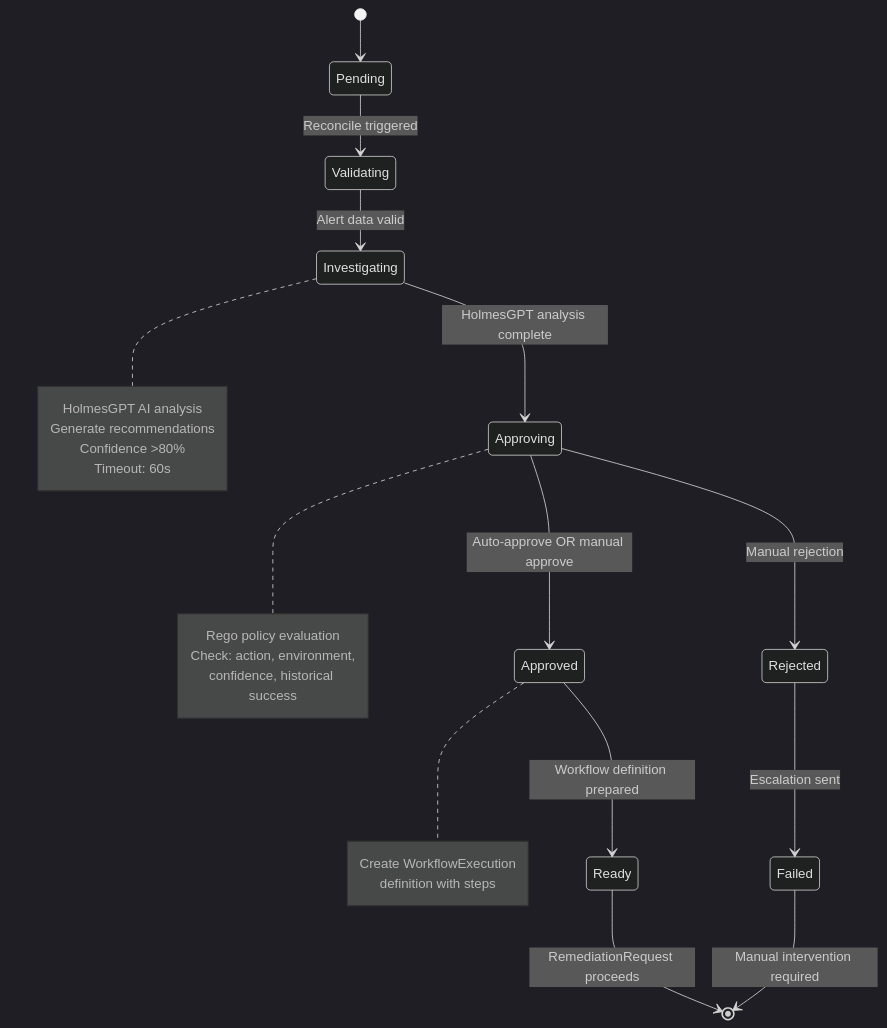
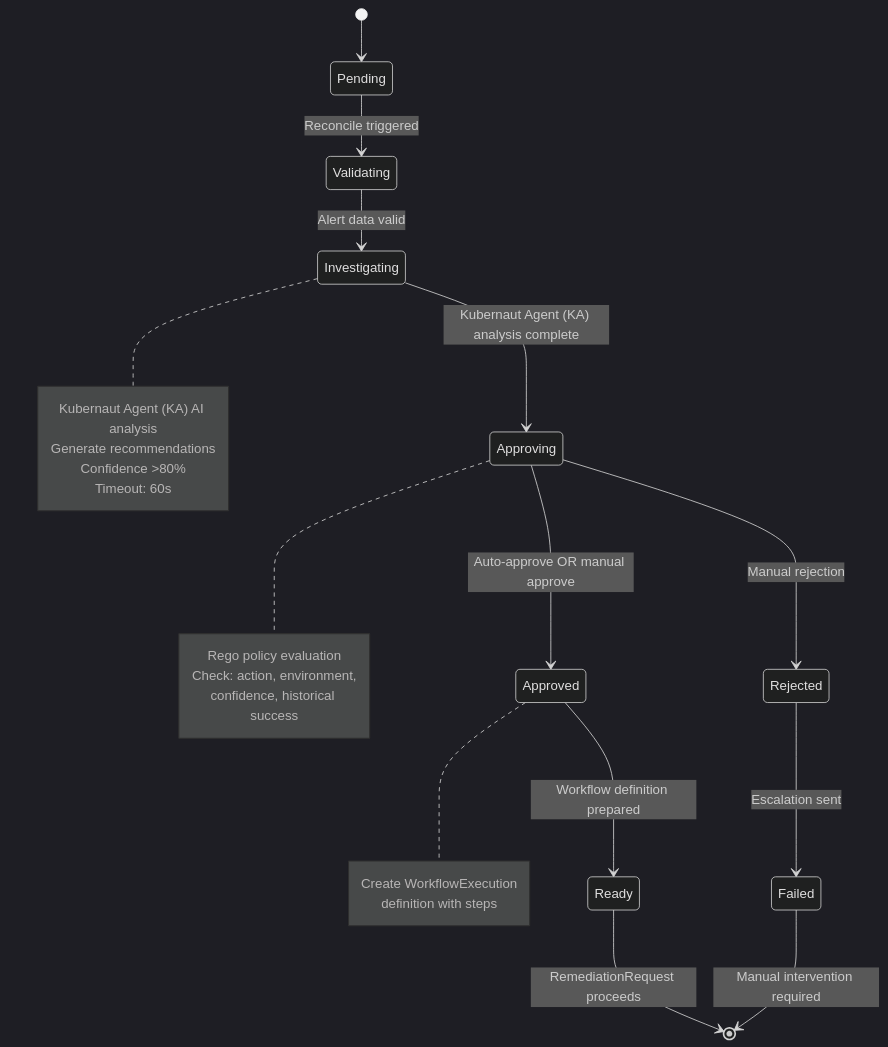
One commit to jordigilh/kubernaut changed the sixth of 13 diagrams in docs/architecture/references/visual-diagrams-master.md. Above: the diagram before and after it, drawn with Mermaid (dark theme). The commit also changed other lines of this file and 10 other files, not shown here.

````diff
--- a/docs/architecture/references/visual-diagrams-master.md
+++ b/docs/architecture/references/visual-diagrams-master.md
@@ -216,31 +227,31 @@
 ```mermaid
 stateDiagram-v2
     [*] --> Pending
     Pending --> Validating: Reconcile triggered
     Validating --> Investigating: Alert data valid
-    Investigating --> Approving: HolmesGPT analysis complete
+    Investigating --> Approving: Kubernaut Agent (KA) analysis complete
     Approving --> Approved: Auto-approve OR manual approve
     Approving --> Rejected: Manual rejection
     Approved --> Ready: Workflow definition prepared
     Rejected --> Failed: Escalation sent
     Ready --> [*]: RemediationRequest proceeds
     Failed --> [*]: Manual intervention required
 
     note right of Investigating
-        HolmesGPT AI analysis
+        Kubernaut Agent (KA) AI analysis
         Generate recommendations
         Confidence >80%
         Timeout: 60s
     end note
 
     note right of Approving
         Rego policy evaluation
         Check: action, environment,
         confidence, historical success
     end note
 
     note right of Approved
         Create WorkflowExecution
         definition with steps
     end note
 ```
````
